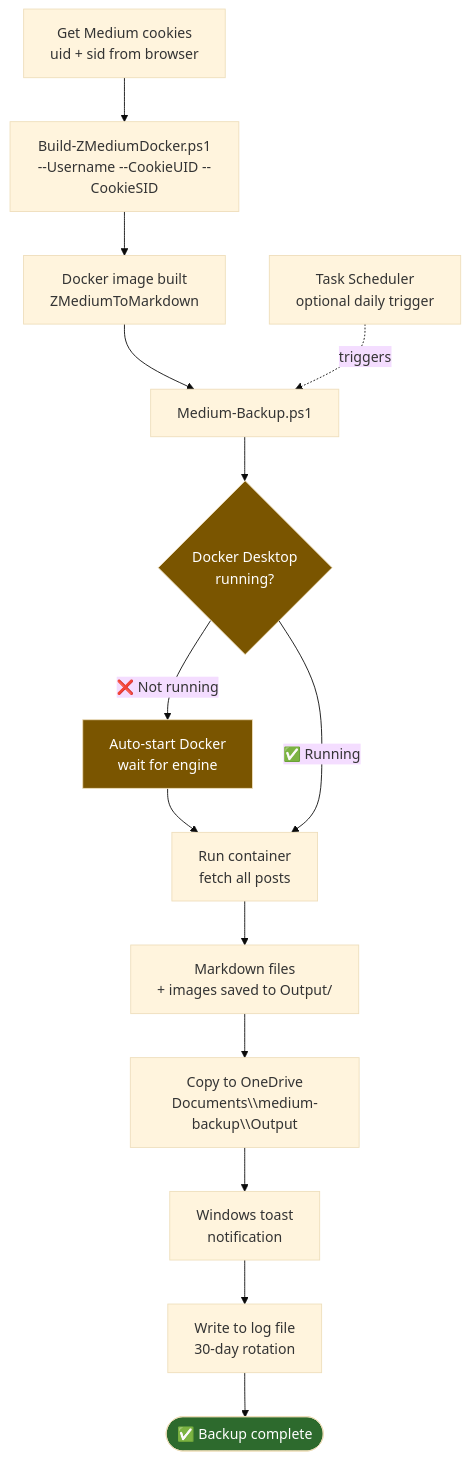
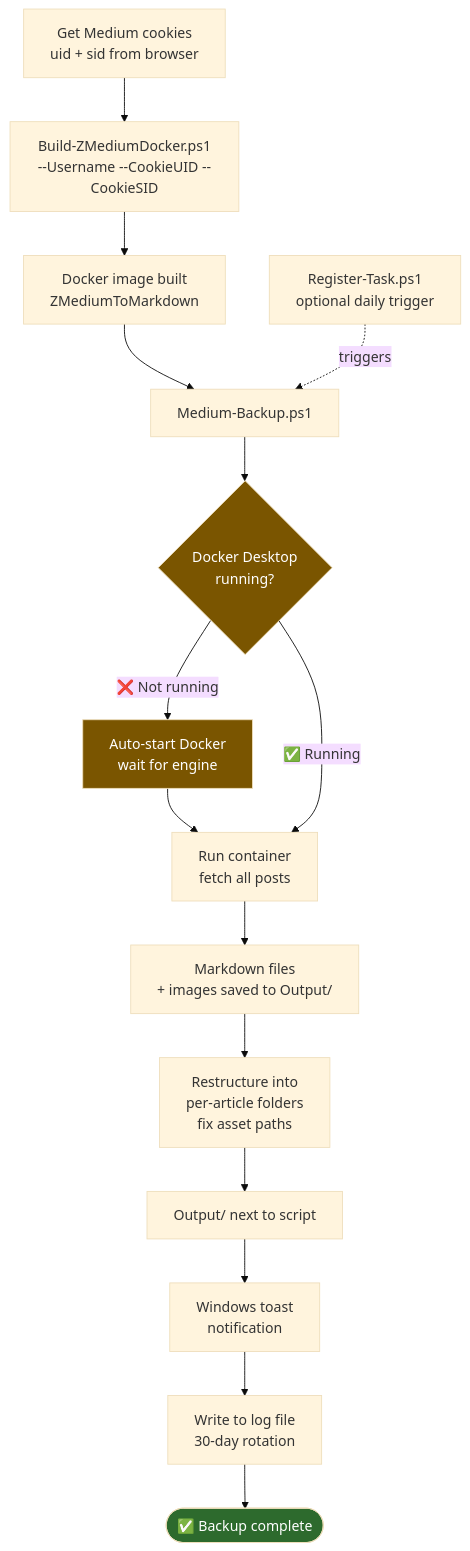
The diagram in README.md (5a9awneh/windows-medium-backup), drawn with Mermaid (base theme) before and after one commit. The commit also changed other lines of this file and 5 other files, not shown here.

````diff
--- a/README.md
+++ b/README.md
@@ -11,21 +11,22 @@
 ```mermaid
 flowchart TD
     Cookies[Get Medium cookies\nuid + sid from browser] --> Build
     Build[Build-ZMediumDocker.ps1\n--Username --CookieUID --CookieSID] --> Image[Docker image built\nZMediumToMarkdown]
     Image --> Backup[Medium-Backup.ps1]
     Backup --> Docker{Docker Desktop\nrunning?}
     Docker -->|❌ Not running| Start[Auto-start Docker\nwait for engine]
     Start --> Run
     Docker -->|✅ Running| Run[Run container\nfetch all posts]
     Run --> MD[Markdown files\n+ images saved to Output/]
-    MD --> OneDrive[Copy to OneDrive\nDocuments\\medium-backup\\Output]
-    OneDrive --> Toast[Windows toast\nnotification]
+    MD --> Restructure[Restructure into\nper-article folders\nfix asset paths]
+    Restructure --> OutDir[Output/ next to script]
+    OutDir --> Toast[Windows toast\nnotification]
     Toast --> Log[Write to log file\n30-day rotation]
     Log --> Done([✅ Backup complete])
 
-    Sched[Task Scheduler\noptional daily trigger] -.->|triggers| Backup
+    Sched[Register-Task.ps1\noptional daily trigger] -.->|triggers| Backup
 
     style Docker fill:#7a5500,color:#fff
     style Done fill:#2d6a2d,color:#fff
     style Start fill:#7a5500,color:#fff
 ```
````
